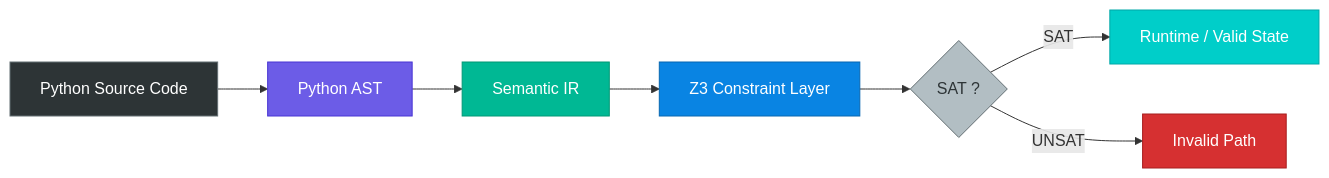
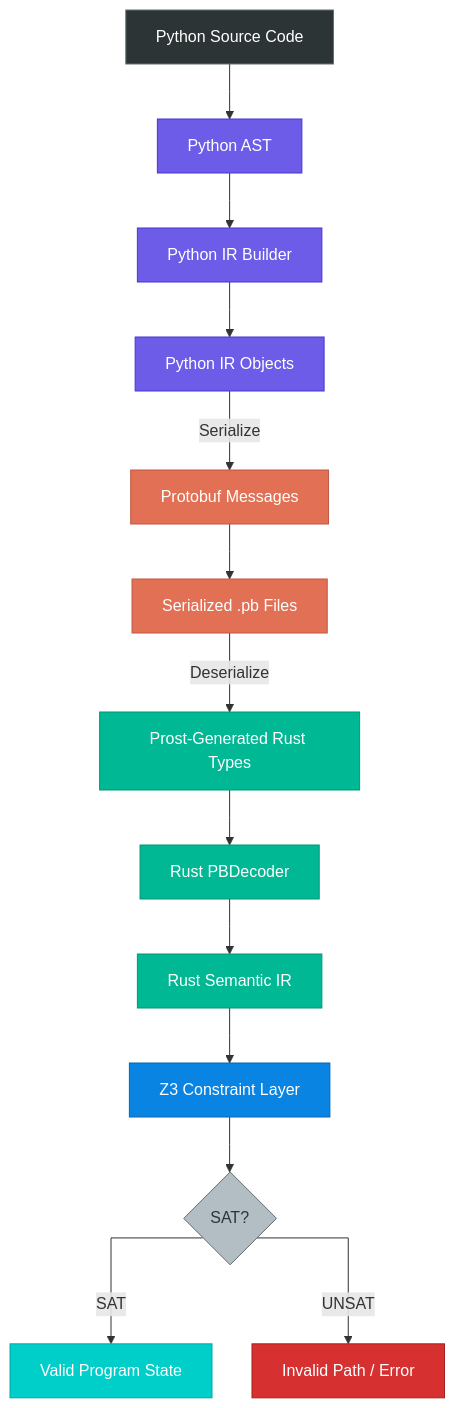
Before and after one commit to lpaggen/Python-Dimension-Static-Type-Checker: the diagram in README.md, drawn with Mermaid.

Commit message:
Revise flowchart and styling in README
Updated flowchart in README to reflect changes in the process.

````diff
--- a/README.md
+++ b/README.md
@@ -70,24 +70,51 @@
 ```mermaid
-flowchart LR
+%%{init: {"flowchart": {"curve": "stepAfter", "nodeSpacing": 40, "rankSpacing": 55}}}%%
+flowchart TB
     A["Python Source Code"]
-        --> B["Python AST"]
+    B["Python AST"]
+    C["Python IR Builder"]
+    D["Python IR Objects"]
 
-    B --> C["Semantic IR"]
+    E["Protobuf Messages"]
+    F["Serialized .pb Files"]
 
-    C --> D["Z3 Constraint Layer"]
+    G["Prost-Generated Rust Types"]
+    H["Rust PBDecoder"]
+    I["Rust Semantic IR"]
 
-    D --> E{"SAT ?"}
+    J["Z3 Constraint Layer"]
+    K{"SAT?"}
+    L["Valid Program State"]
+    M["Invalid Path / Error"]
 
-    E -->|SAT| F["Runtime / Valid State"]
+    A --> B
+    B --> C
+    C --> D
+    D -->|"Serialize"| E
+    E --> F
+    F -->|"Deserialize"| G
+    G --> H
+    H --> I
+    I --> J
+    J --> K
+    K -->|SAT| L
+    K -->|UNSAT| M
 
-    E -->|UNSAT| G["Invalid Path"]
+    classDef source fill:#2d3436,color:#fff,stroke:#636e72
+    classDef python fill:#6c5ce7,color:#fff,stroke:#4834d4
+    classDef proto fill:#e17055,color:#fff,stroke:#c05640
+    classDef rust fill:#00b894,color:#fff,stroke:#019875
+    classDef solver fill:#0984e3,color:#fff,stroke:#0767b1
+    classDef decision fill:#b2bec3,color:#2d3436,stroke:#636e72
+    classDef valid fill:#00cec9,color:#fff,stroke:#00a8a8
+    classDef invalid fill:#d63031,color:#fff,stroke:#a61e1e
 
-    %% Styling
-    style A fill:#2d3436,color:#fff,stroke:#636e72
-    style B fill:#6c5ce7,color:#fff,stroke:#4834d4
-    style C fill:#00b894,color:#fff,stroke:#019875
-    style D fill:#0984e3,color:#fff,stroke:#0767b1
-    style E fill:#b2bec3,color:#2d3436,stroke:#636e72
-    style F fill:#00cec9,color:#fff,stroke:#00a8a8
-    style G fill:#d63031,color:#fff,stroke:#a61e1e
+    class A source
+    class B,C,D python
+    class E,F proto
+    class G,H,I rust
+    class J solver
+    class K decision
+    class L valid
+    class M invalid
 ```
````
